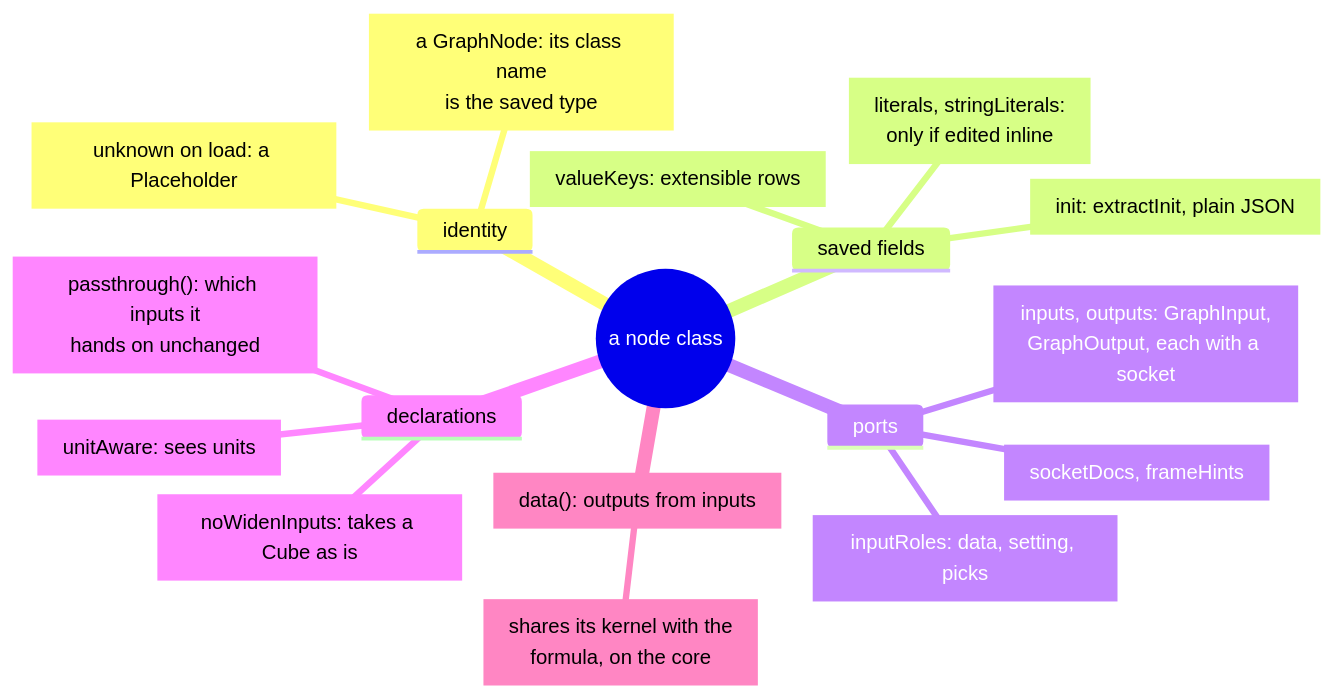
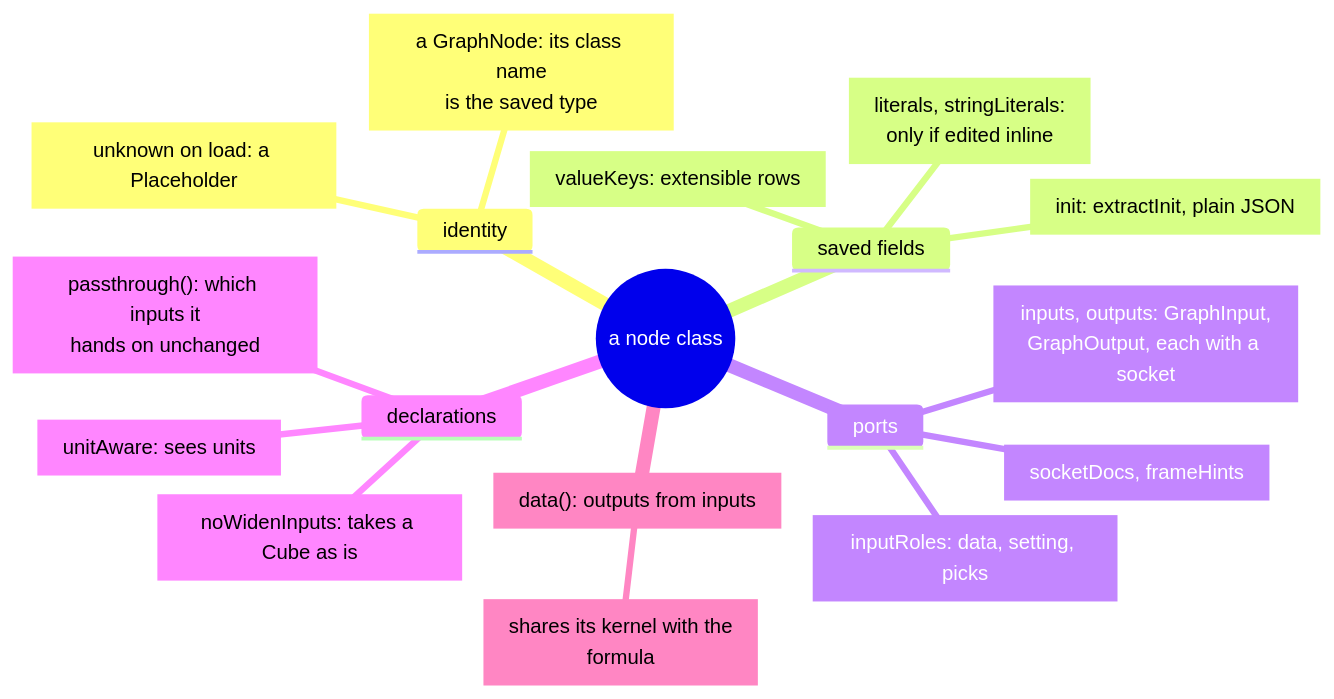
Before and after one commit to bubba8587/solenoid: the first of 5 diagrams in tree/specs/floors/node-classes.md, drawn with Mermaid. The commit also changed other lines of this file and 282 other files, not shown here.

````diff
--- a/tree/specs/floors/node-classes.md
+++ b/tree/specs/floors/node-classes.md
@@ -15,21 +15,21 @@
 ```mermaid
 mindmap
   root(("a node class"))
     identity
       ["a GraphNode: its class name<br>is the saved type"]
       ["unknown on load: a Placeholder"]
     saved fields
       ["init: extractInit, plain JSON"]
       ["literals, stringLiterals:<br>only if edited inline"]
       ["valueKeys: extensible rows"]
     ports
       ["inputs, outputs: GraphInput,<br>GraphOutput, each with a socket"]
       ["inputRoles: data, setting, picks"]
       ["socketDocs, frameHints"]
     declarations
       ["unitAware: sees units"]
       ["noWidenInputs: takes a Cube as is"]
       ["passthrough(): which inputs it<br>hands on unchanged"]
     ["data(): outputs from inputs"]
-      ["shares its kernel with the<br>formula, on the core"]
+      ["shares its kernel with the<br>formula"]
 ```
````
